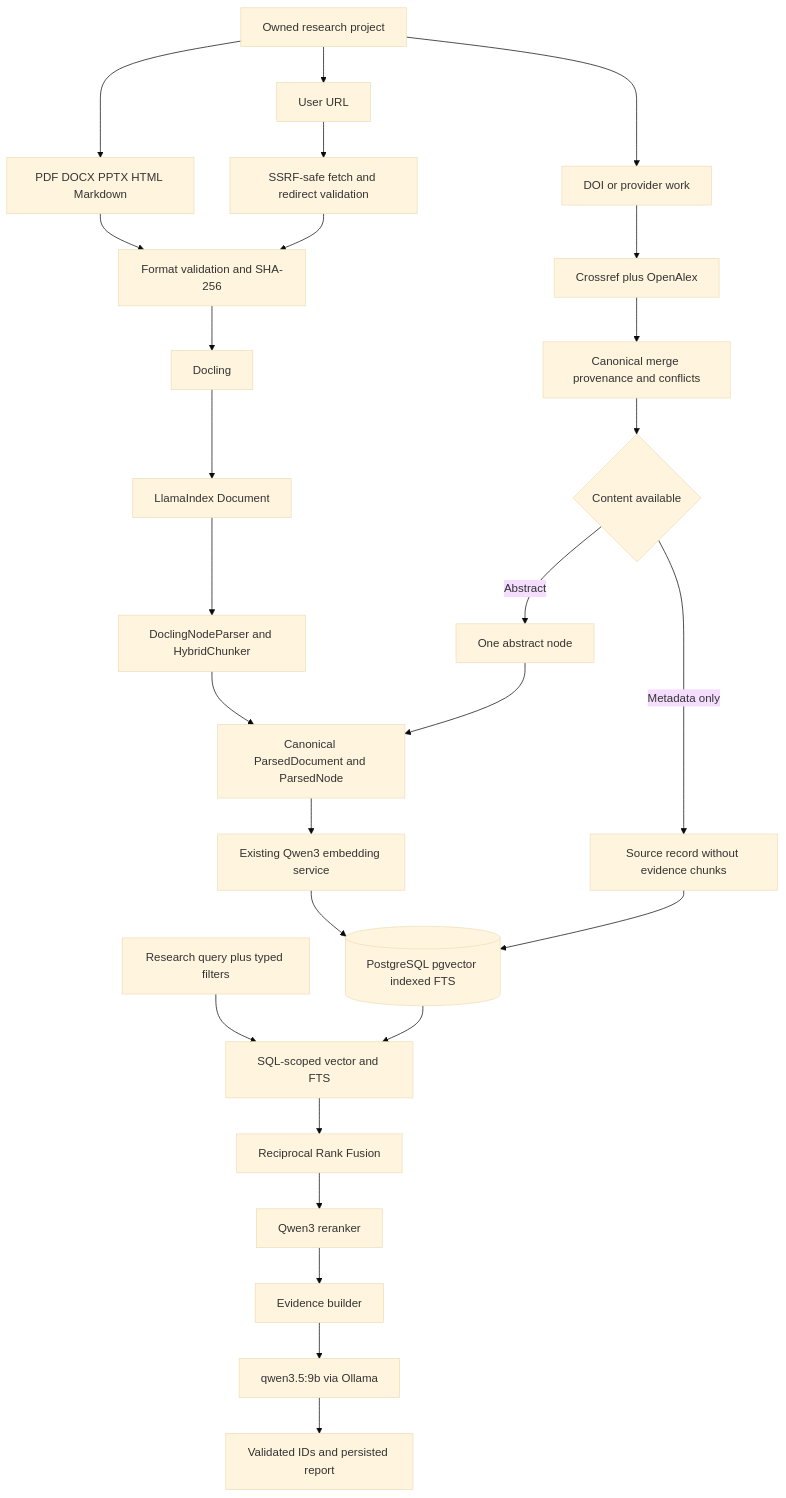
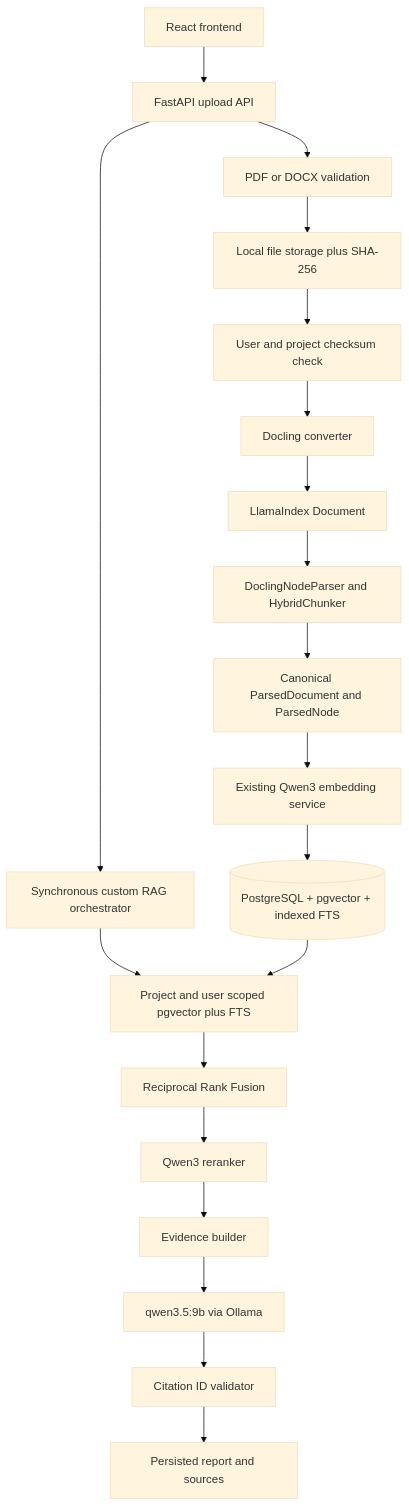
One commit to Santanu-SP/AI-Research-Assistant changed the diagram in docs/ADVANCED_RAG_IMPLEMENTATION.md. Above: the diagram before and after it, drawn with Mermaid (base theme). The commit also changed other lines of this file and 44 other files, not shown here.

````diff
--- a/docs/ADVANCED_RAG_IMPLEMENTATION.md
+++ b/docs/ADVANCED_RAG_IMPLEMENTATION.md
@@ -12,34 +18,23 @@
 ```mermaid
 flowchart TD
-    PROJECT[Owned research project]
-    PROJECT --> FILE[PDF DOCX PPTX HTML Markdown]
-    PROJECT --> URL[User URL]
-    PROJECT --> DOI[DOI or provider work]
-
-    FILE --> VALIDATE[Format validation and SHA-256]
-    VALIDATE --> DOCLING[Docling]
-    URL --> SAFE[SSRF-safe fetch and redirect validation]
-    SAFE --> VALIDATE
+    UI[React frontend] --> API[FastAPI upload API]
+    API --> VALIDATE[PDF or DOCX validation]
+    VALIDATE --> STORE[Local file storage plus SHA-256]
+    STORE --> DEDUPE[User and project checksum check]
+    DEDUPE --> DOCLING[Docling converter]
     DOCLING --> LIDOC[LlamaIndex Document]
     LIDOC --> LINODE[DoclingNodeParser and HybridChunker]
+    LINODE --> CANON[Canonical ParsedDocument and ParsedNode]
+    CANON --> EMBED[Existing Qwen3 embedding service]
+    EMBED --> PG[(PostgreSQL + pgvector + indexed FTS)]
 
-    DOI --> PROVIDERS[Crossref plus OpenAlex]
-    PROVIDERS --> MERGE[Canonical merge provenance and conflicts]
-    MERGE --> LEVEL{Content available}
-    LEVEL -->|Abstract| ABSTRACT[One abstract node]
-    LEVEL -->|Metadata only| META[Source record without evidence chunks]
-
-    LINODE --> CANON[Canonical ParsedDocument and ParsedNode]
-    ABSTRACT --> CANON
-    CANON --> QWEN[Existing Qwen3 embedding service]
-    QWEN --> DB[(PostgreSQL pgvector indexed FTS)]
-    META --> DB
-
-    QUESTION[Research query plus typed filters] --> RETRIEVE[SQL-scoped vector and FTS]
-    DB --> RETRIEVE
-    RETRIEVE --> RRF[Reciprocal Rank Fusion]
+    API --> RAG[Synchronous custom RAG orchestrator]
+    RAG --> HYBRID[Project and user scoped pgvector plus FTS]
+    PG --> HYBRID
+    HYBRID --> RRF[Reciprocal Rank Fusion]
     RRF --> RERANK[Qwen3 reranker]
     RERANK --> EVIDENCE[Evidence builder]
     EVIDENCE --> OLLAMA[qwen3.5:9b via Ollama]
-    OLLAMA --> REPORT[Validated IDs and persisted report]
+    OLLAMA --> VALIDATE_CITATION[Citation ID validator]
+    VALIDATE_CITATION --> REPORT[Persisted report and sources]
 ```
````
